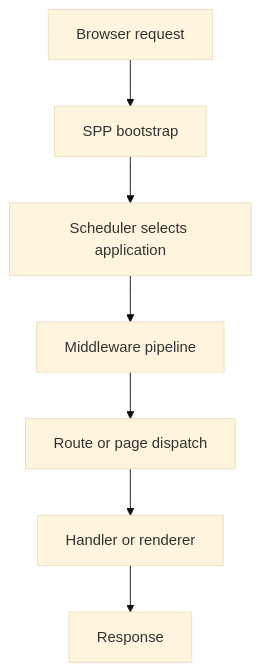
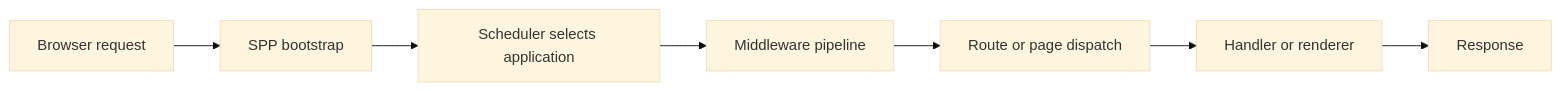
One commit to shuklasp/spp changed the second of 7 diagrams in documentation/handbook/15-routing-and-request-dispatch.md. Above: the diagram before and after it, drawn with Mermaid (base theme). The commit also changed other lines of this file, not shown here.

````diff
--- a/documentation/handbook/15-routing-and-request-dispatch.md
+++ b/documentation/handbook/15-routing-and-request-dispatch.md
@@ -53,9 +152,9 @@
 ```mermaid
-flowchart TD
+flowchart LR
     A[Browser request] --> B[SPP bootstrap]
     B --> C[Scheduler selects application]
     C --> D[Middleware pipeline]
     D --> E[Route or page dispatch]
     E --> F[Handler or renderer]
     F --> G[Response]
 ```
````
